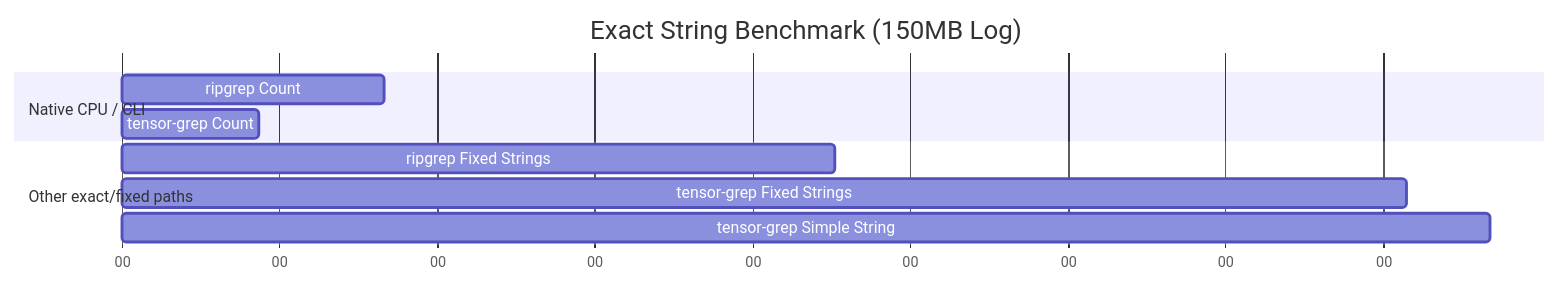
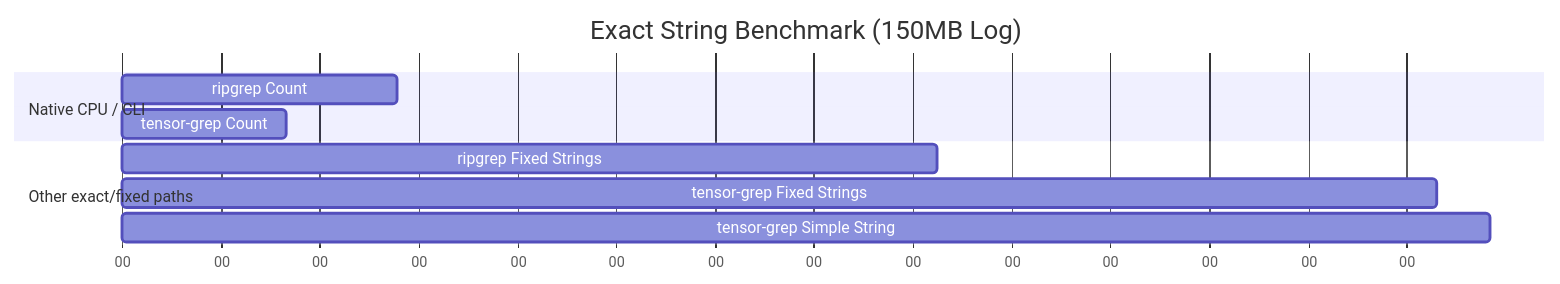
Before and after one commit to oimiragieo/tensor-grep: the third of 3 diagrams in docs/PAPER.md, drawn with Mermaid. The commit also changed other lines of this file and 1 other file, not shown here.

````diff
--- a/docs/PAPER.md
+++ b/docs/PAPER.md
@@ -126,15 +126,15 @@
 ```mermaid
 gantt
     title Exact String Benchmark (150MB Log)
     dateFormat  s
     axisFormat %S
     
     section Native CPU / CLI
-    ripgrep Count              :a1, 0, 0.166s
-    tensor-grep Count          :a2, 0, 0.087s
+    ripgrep Count              :a1, 0, 0.139s
+    tensor-grep Count          :a2, 0, 0.083s
     
     section Other exact/fixed paths
-    ripgrep Fixed Strings      :a3, 0, 0.452s
-    tensor-grep Fixed Strings  :a4, 0, 0.815s
-    tensor-grep Simple String  :a5, 0, 0.868s
+    ripgrep Fixed Strings      :a3, 0, 0.412s
+    tensor-grep Fixed Strings  :a4, 0, 0.665s
+    tensor-grep Simple String  :a5, 0, 0.692s
 ```
````
